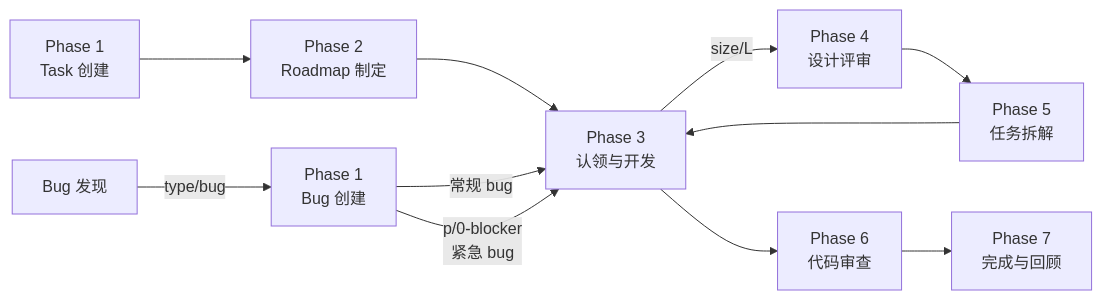
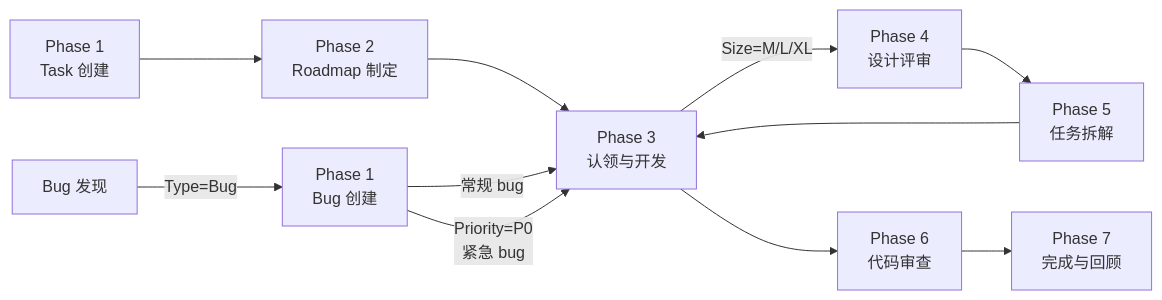
Before and after one commit to primatrix/strix: the fourth of 4 diagrams in docs/onboarding/project-management.md, drawn with Mermaid. The commit also changed other lines of this file, not shown here.

````diff
--- a/docs/onboarding/project-management.md
+++ b/docs/onboarding/project-management.md
@@ -105,13 +109,13 @@
 ```mermaid
 graph LR
     P1["Phase 1\nTask 创建"] --> P2["Phase 2\nRoadmap 制定"]
     P2 --> P3["Phase 3\n认领与开发"]
-    P3 -->|size/L| P4["Phase 4\n设计评审"]
+    P3 -->|Size=M/L/XL| P4["Phase 4\n设计评审"]
     P4 --> P5["Phase 5\n任务拆解"]
     P5 --> P3
     P3 --> P6["Phase 6\n代码审查"]
     P6 --> P7["Phase 7\n完成与回顾"]
-    B["Bug 发现"] -->|type/bug| P1B["Phase 1\nBug 创建"]
+    B["Bug 发现"] -->|Type=Bug| P1B["Phase 1\nBug 创建"]
     P1B -->|常规 bug| P3
-    P1B -->|"p/0-blocker\n紧急 bug"| P3
+    P1B -->|"Priority=P0\n紧急 bug"| P3
 ```
````
